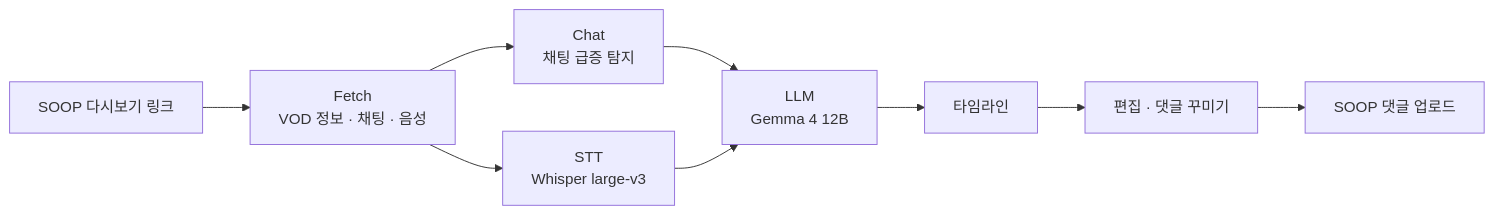
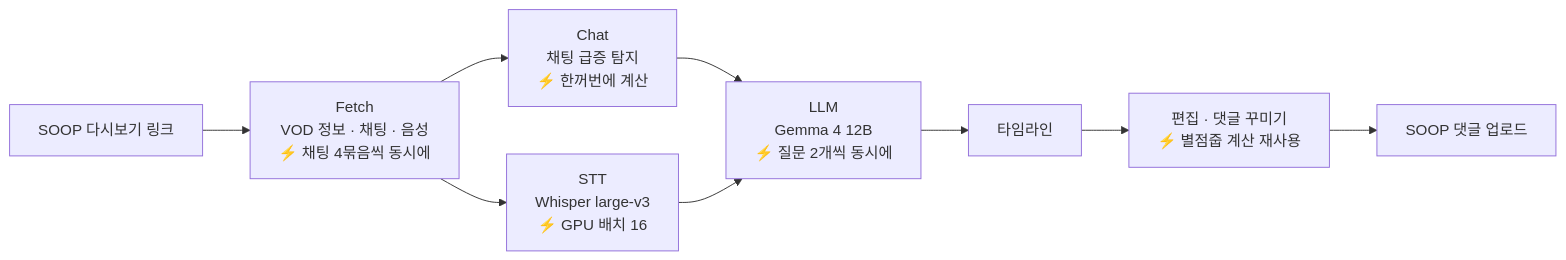
Before and after one commit to rblb-smile/TimeZoop: the diagram in README.md, drawn with Mermaid. The commit also changed other lines of this file and 7 other files, not shown here.

Commit message:
perf: 채팅 동시 받기·이동 중앙값·별점줍 계산 재사용, 업데이트 뒤 화면 캐시 지우기

````diff
--- a/README.md
+++ b/README.md
@@ -159,11 +159,11 @@
 ```mermaid
 flowchart LR
-    A[SOOP 다시보기 링크] --> B[Fetch<br/>VOD 정보 · 채팅 · 음성]
-    B --> C[Chat<br/>채팅 급증 탐지]
-    B --> D[STT<br/>Whisper large-v3]
-    C --> E[LLM<br/>Gemma 4 12B]
+    A[SOOP 다시보기 링크] --> B[Fetch<br/>VOD 정보 · 채팅 · 음성<br/>⚡ 채팅 4묶음씩 동시에]
+    B --> C[Chat<br/>채팅 급증 탐지<br/>⚡ 한꺼번에 계산]
+    B --> D[STT<br/>Whisper large-v3<br/>⚡ GPU 배치 16]
+    C --> E[LLM<br/>Gemma 4 12B<br/>⚡ 질문 2개씩 동시에]
     D --> E
     E --> F[타임라인]
-    F --> G[편집 · 댓글 꾸미기]
+    F --> G[편집 · 댓글 꾸미기<br/>⚡ 별점줍 계산 재사용]
     G --> H[SOOP 댓글 업로드]
 ```
````
